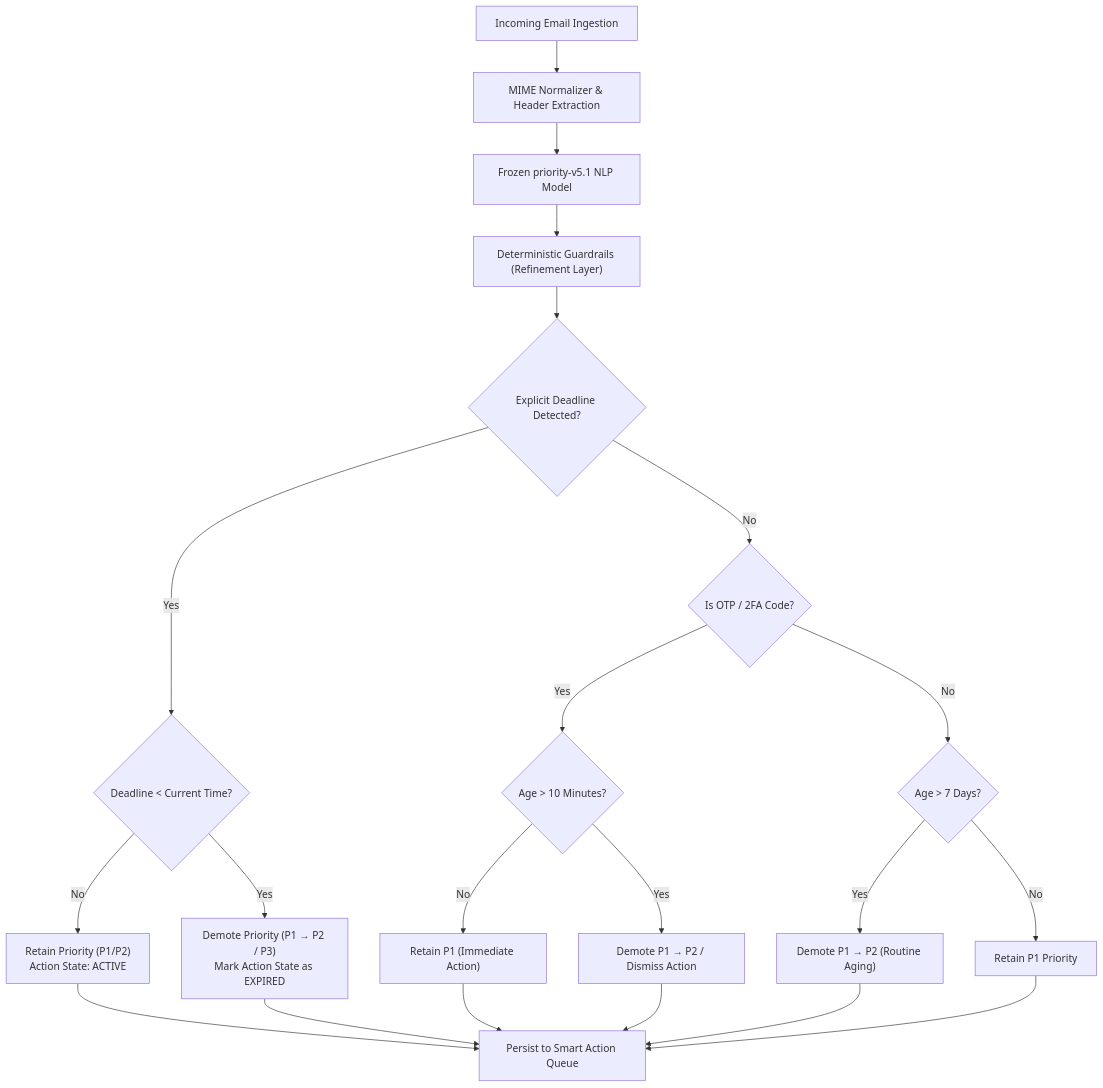
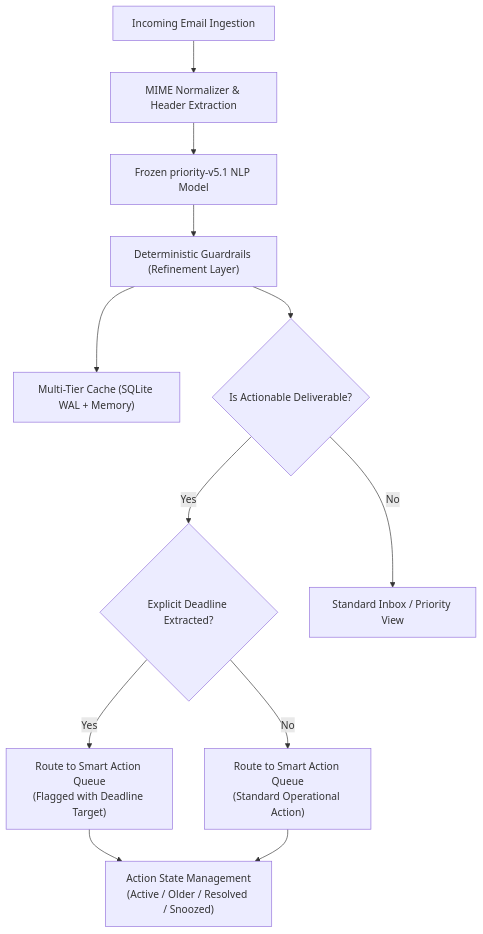
One commit to Babul-Kumar/MailMind changed the first of 2 diagrams in README.md. Above: the diagram before and after it, drawn with Mermaid. The commit also changed other lines of this file and 7 other files, not shown here.

Commit message:
fix(triage): align README with implemented capabilities and fix action queue pagination

````diff
--- a/README.md
+++ b/README.md
@@ -66,28 +66,16 @@
 ```mermaid
 flowchart TD
     Start["Incoming Email Ingestion"] --> Parse["MIME Normalizer & Header Extraction"]
     Parse --> Model["Frozen priority-v5.1 NLP Model"]
     Model --> Refine["Deterministic Guardrails (Refinement Layer)"]
+    Refine --> Store["Multi-Tier Cache (SQLite WAL + Memory)"]
     
-    Refine --> HasDeadline{"Explicit Deadline Detected?"}
+    Refine --> ActionDetect{"Is Actionable Deliverable?"}
+    ActionDetect -- Yes --> DeadlineCheck{"Explicit Deadline Extracted?"}
+    DeadlineCheck -- Yes --> QueueActive["Route to Smart Action Queue<br/>(Flagged with Deadline Target)"]
+    DeadlineCheck -- No --> QueueNormal["Route to Smart Action Queue<br/>(Standard Operational Action)"]
     
-    HasDeadline -- Yes --> CheckExpired{"Deadline < Current Time?"}
-    CheckExpired -- Yes --> Demote["Demote Priority (P1 → P2 / P3)<br/>Mark Action State as EXPIRED"]
-    CheckExpired -- No --> RetainActive["Retain Priority (P1/P2)<br/>Action State: ACTIVE"]
-    
-    HasDeadline -- No --> CheckOTP{"Is OTP / 2FA Code?"}
-    CheckOTP -- Yes --> CheckOTPExpiry{"Age > 10 Minutes?"}
-    CheckOTPExpiry -- Yes --> DemoteOTP["Demote P1 → P2 / Dismiss Action"]
-    CheckOTPExpiry -- No --> ActiveOTP["Retain P1 (Immediate Action)"]
-    
-    CheckOTP -- No --> CheckAge{"Age > 7 Days?"}
-    CheckAge -- Yes --> Demote7Days["Demote P1 → P2 (Routine Aging)"]
-    CheckAge -- No --> KeepP1["Retain P1 Priority"]
-    
-    RetainActive --> Queue["Persist to Smart Action Queue"]
-    Demote --> Queue
-    ActiveOTP --> Queue
-    DemoteOTP --> Queue
-    Demote7Days --> Queue
-    KeepP1 --> Queue
+    ActionDetect -- No --> InformationalView["Standard Inbox / Priority View"]
+    QueueActive --> ActionLifecycle["Action State Management<br/>(Active / Older / Resolved / Snoozed)"]
+    QueueNormal --> ActionLifecycle
 ```
````
